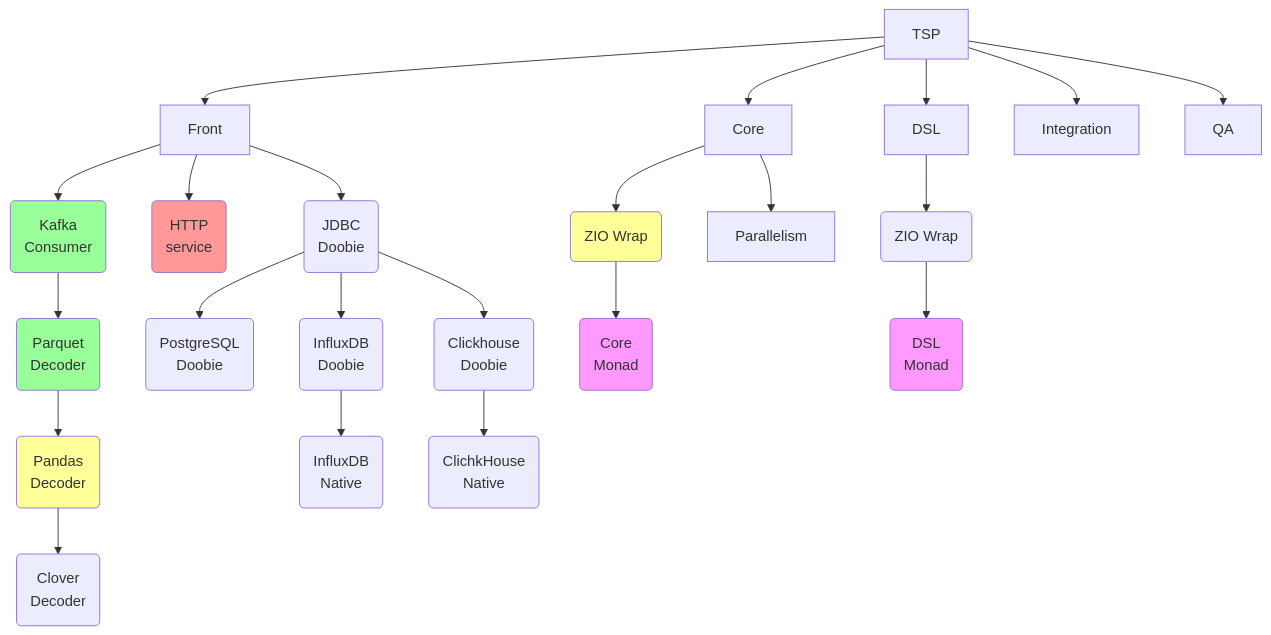
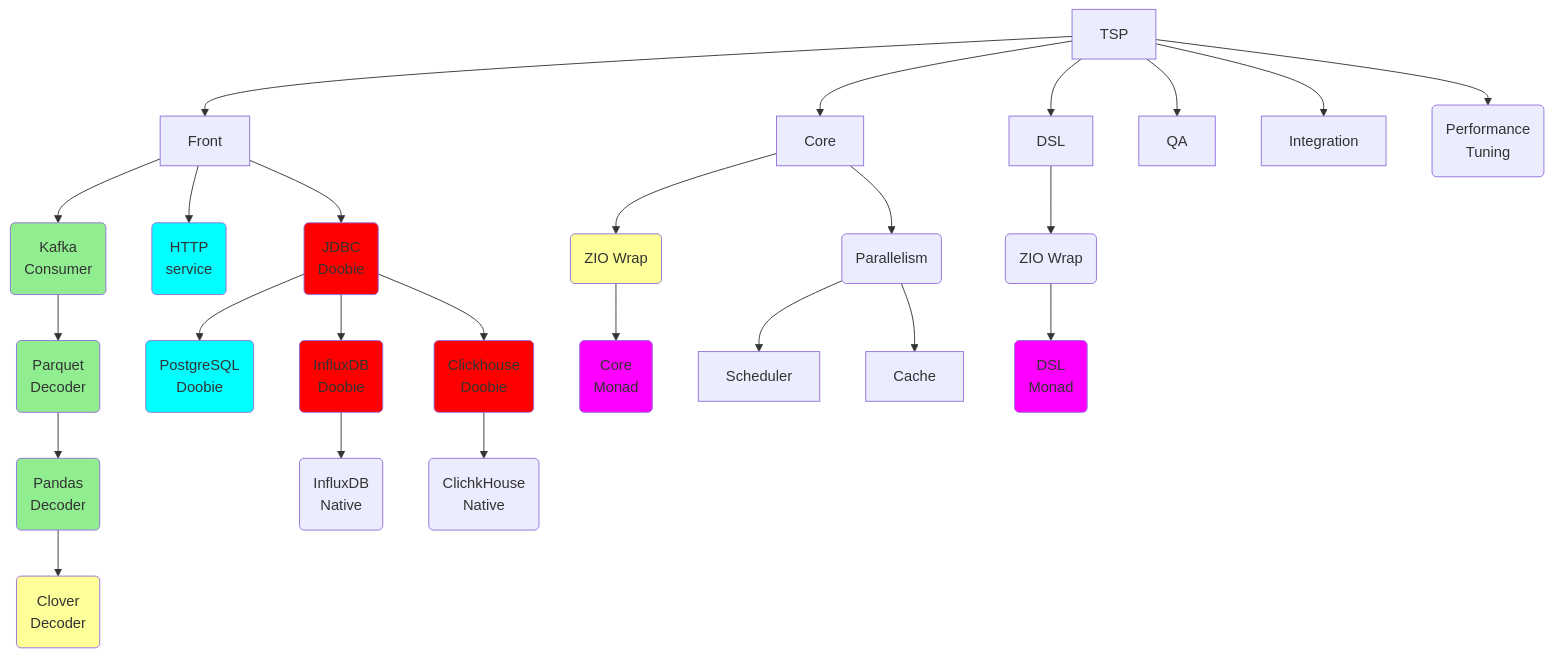
Before and after one commit to Clover-Group/zio_front: the second of 2 diagrams in doc/system.md, drawn with Mermaid. The commit also changed other lines of this file and 4 other files, not shown here.

````diff
--- a/doc/system.md
+++ b/doc/system.md
@@ -36,54 +28,64 @@
 ```mermaid
 graph TD;  
 
   %% Top level
   TSP --> Front
   TSP --> Core
   TSP --> DSL
+  TSP --> QA
   TSP --> Integration
-  TSP --> QA
+  TSP --> Perf(Performance<br>Tuning)
   
   %% Datapath
   Front --> Kafka(Kafka<br>Consumer)
   Kafka --> Parquet(Parquet<br>Decoder)
   Parquet --> Pandas(Pandas<br>Decoder)
   Pandas --> Clover(Clover<br>Decoder)
 
   %% HTTP
   Front --> http(HTTP<br>service)
 
   %% JDBC
   Front --> JDBC(JDBC<br> Doobie)
   JDBC --> Postgre(PostgreSQL<br>Doobie)
-  JDBC --> WrapInflux(InfluxDB<br>Doobie)
+  JDBC --> WrapIF(InfluxDB<br>Doobie)
   JDBC --> WrapCH(Clickhouse<br>Doobie)
-  WrapInflux --> Influx(InfluxDB<br>Native)
+  WrapIF --> Influx(InfluxDB<br>Native)
   WrapCH --> ClickHouse(ClichkHouse<br>Native)
 
   %% Core
   Core --> CoreWrap(ZIO Wrap)
   CoreWrap --> CoreMonad(Core<br>Monad)
-  Core --> Parallelism
+  Core --> Par(Parallelism)
+  Par --> Scheduler
+  Par --> Cache
 
   %% DSL
   DSL --> WrapDSL(ZIO Wrap)
   WrapDSL --> DslMonad(DSL<br>Monad);
-  
+   
   %% Styling
 
   %% Ready
-  style Kafka fill:#9f9
-  style Parquet fill:#9f9
+  style Kafka fill:lightgreen
+  style Parquet fill:lightgreen
+  style Pandas fill:lightgreen
 
-  %% Early Stage
-  style Pandas fill:#ff9
+  %% Early Stage  
   style CoreWrap fill:#ff9
+  style Clover fill:#ff9
 
   %% Late Stage
-  style http fill:#f99
+  style http fill:cyan
+  style Postgre fill:cyan
     
   %% Reused
-  style CoreMonad fill:#f9f
-  style DslMonad fill:#f9f
+  style CoreMonad fill:magenta
+  style DslMonad fill:magenta
+
+  %% Freelance
+  style JDBC fill:red
+  style WrapIF fill:red
+  style WrapCH fill:red
   
 ```
````
